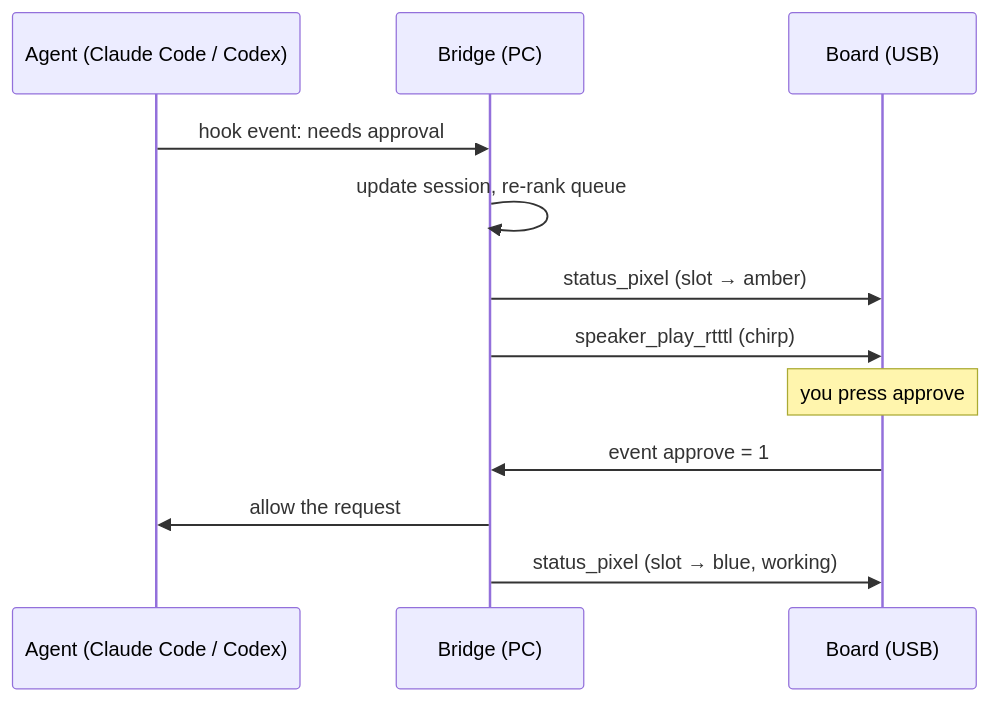
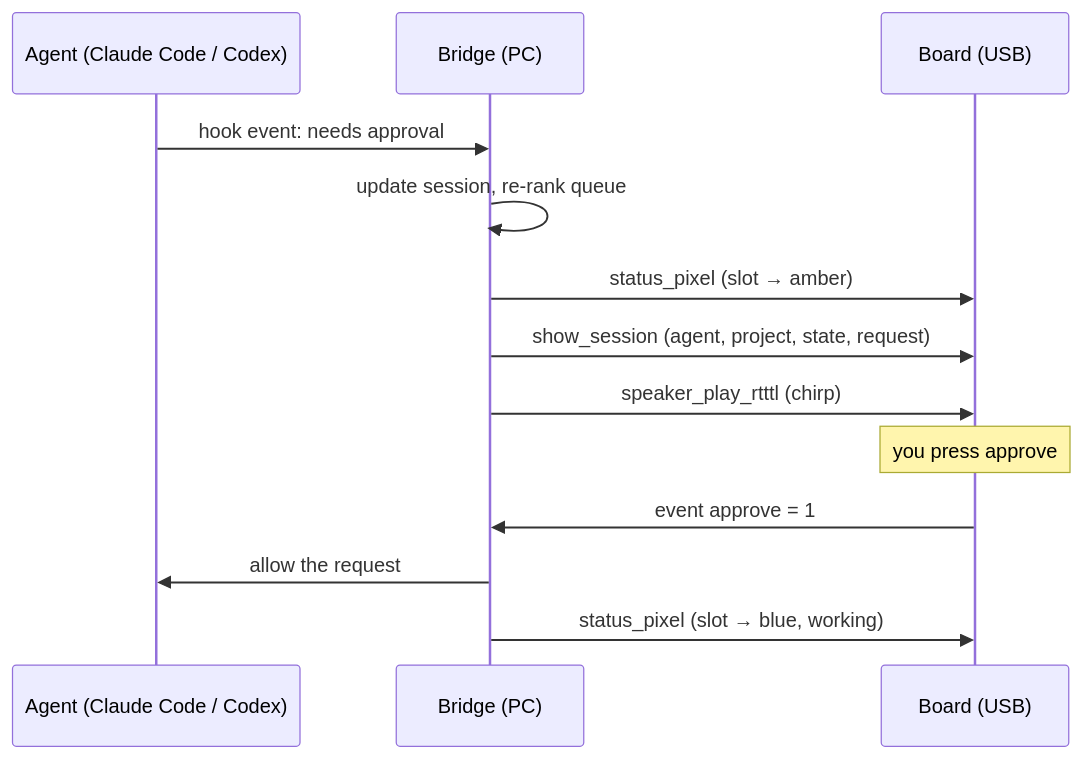
One commit to lidalbak/hackathon changed the diagram in docs/architecture.md. Above: the diagram before and after it, drawn with Mermaid. The commit also changed other lines of this file and 7 other files, not shown here.

First line of the commit message:
Show agent and state on the screen; document device approval

````diff
--- a/docs/architecture.md
+++ b/docs/architecture.md
@@ -5,14 +5,15 @@
 ```mermaid
 sequenceDiagram
     participant A as Agent (Claude Code / Codex)
     participant B as Bridge (PC)
     participant D as Board (USB)
     A->>B: hook event: needs approval
     B->>B: update session, re-rank queue
     B->>D: status_pixel (slot → amber)
+    B->>D: show_session (agent, project, state, request)
     B->>D: speaker_play_rtttl (chirp)
     Note over D: you press approve
     D->>B: event approve = 1
     B->>A: allow the request
     B->>D: status_pixel (slot → blue, working)
 ```
````
